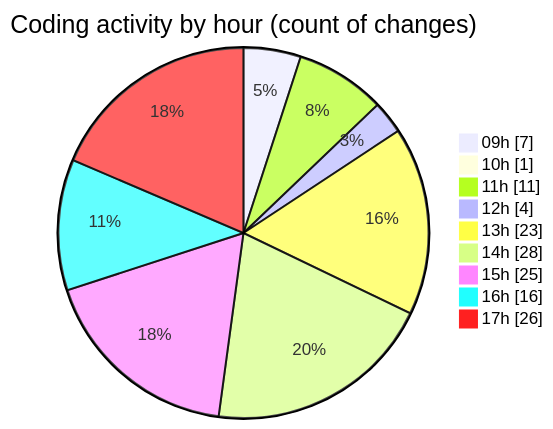
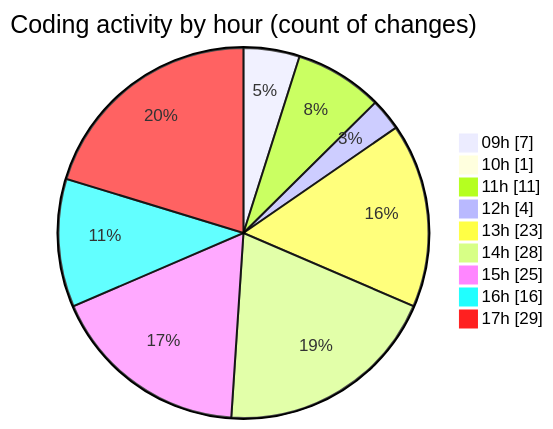
Before and after one commit to momahboobian/code-tracking: the second of 2 diagrams in 2026-04-22/cda/README.md, drawn with Mermaid. The commit also changed other lines of this file and 1 other file, not shown here.

````diff
--- a/2026-04-22/cda/README.md
+++ b/2026-04-22/cda/README.md
@@ -52,13 +52,13 @@
 ```mermaid
 pie showData
 title Coding activity by hour (count of changes)
 "09h" : 7
 "10h" : 1
 "11h" : 11
 "12h" : 4
 "13h" : 23
 "14h" : 28
 "15h" : 25
 "16h" : 16
-"17h" : 26
+"17h" : 29
 ```
````
